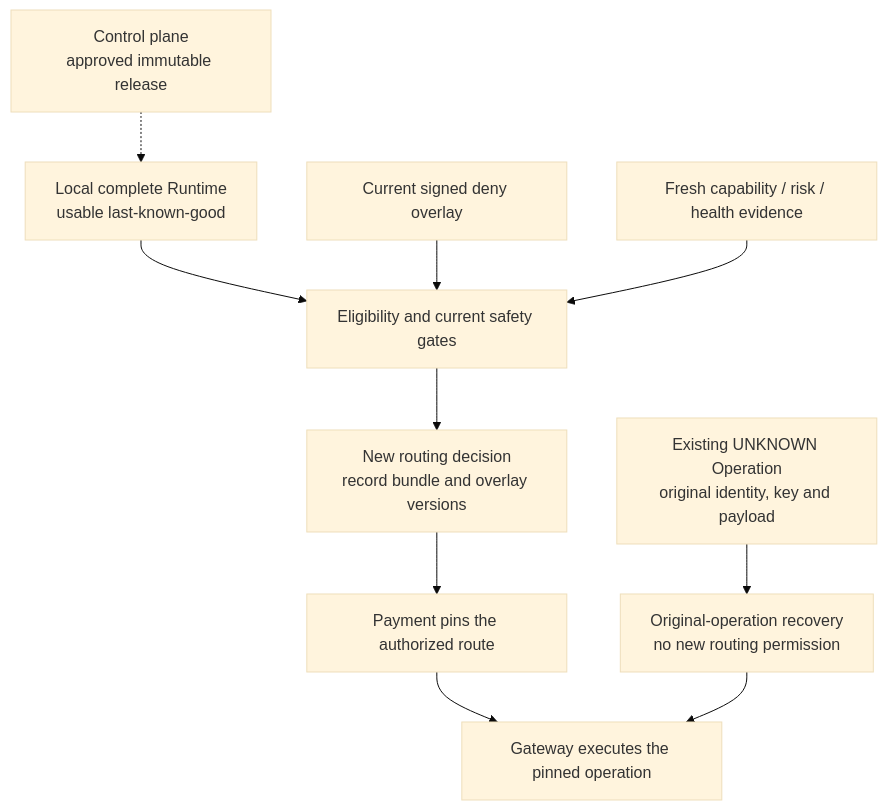
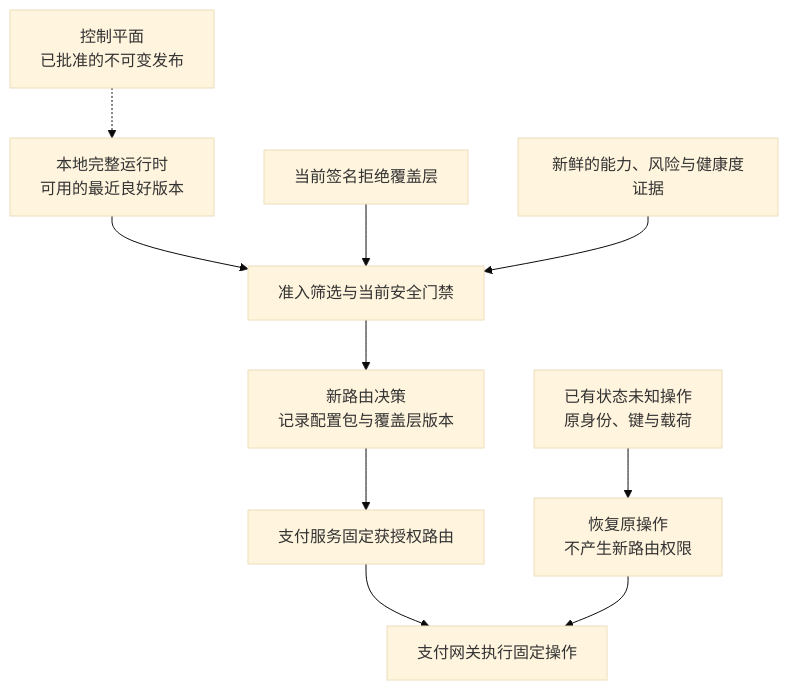
One commit to YouEclipse/Designing-Modern-Payment-Systems changed the third of 3 diagrams in part-5-global-routing/configuration-platform.md. Above: the diagram before and after it, drawn with Mermaid (base theme). The commit also changed other lines of this file and 59 other files, not shown here.

````diff
--- a/part-5-global-routing/configuration-platform.md
+++ b/part-5-global-routing/configuration-platform.md
@@ -369,12 +376,12 @@
 ```mermaid
 flowchart TB
-    C["Control plane<br/>approved immutable release"] -.-> R["Local complete Runtime<br/>usable last-known-good"]
-    R --> E["Eligibility and current safety gates"]
-    X["Current signed deny overlay"] --> E
-    H["Fresh capability / risk / health evidence"] --> E
-    E --> N["New routing decision<br/>record bundle and overlay versions"]
-    N --> P["Payment pins the authorized route"]
-    P --> G["Gateway executes the pinned operation"]
-    O["Existing UNKNOWN Operation<br/>original identity, key and payload"] --> Q["Original-operation recovery<br/>no new routing permission"]
+    C["控制平面<br/>已批准的不可变发布"] -.-> R["本地完整运行时<br/>可用的最近良好版本"]
+    R --> E["准入筛选与当前安全门禁"]
+    X["当前签名拒绝覆盖层"] --> E
+    H["新鲜的能力、风险与健康度证据"] --> E
+    E --> N["新路由决策<br/>记录配置包与覆盖层版本"]
+    N --> P["支付服务固定获授权路由"]
+    P --> G["支付网关执行固定操作"]
+    O["已有状态未知操作<br/>原身份、键与载荷"] --> Q["恢复原操作<br/>不产生新路由权限"]
     Q --> G
 ```
````
